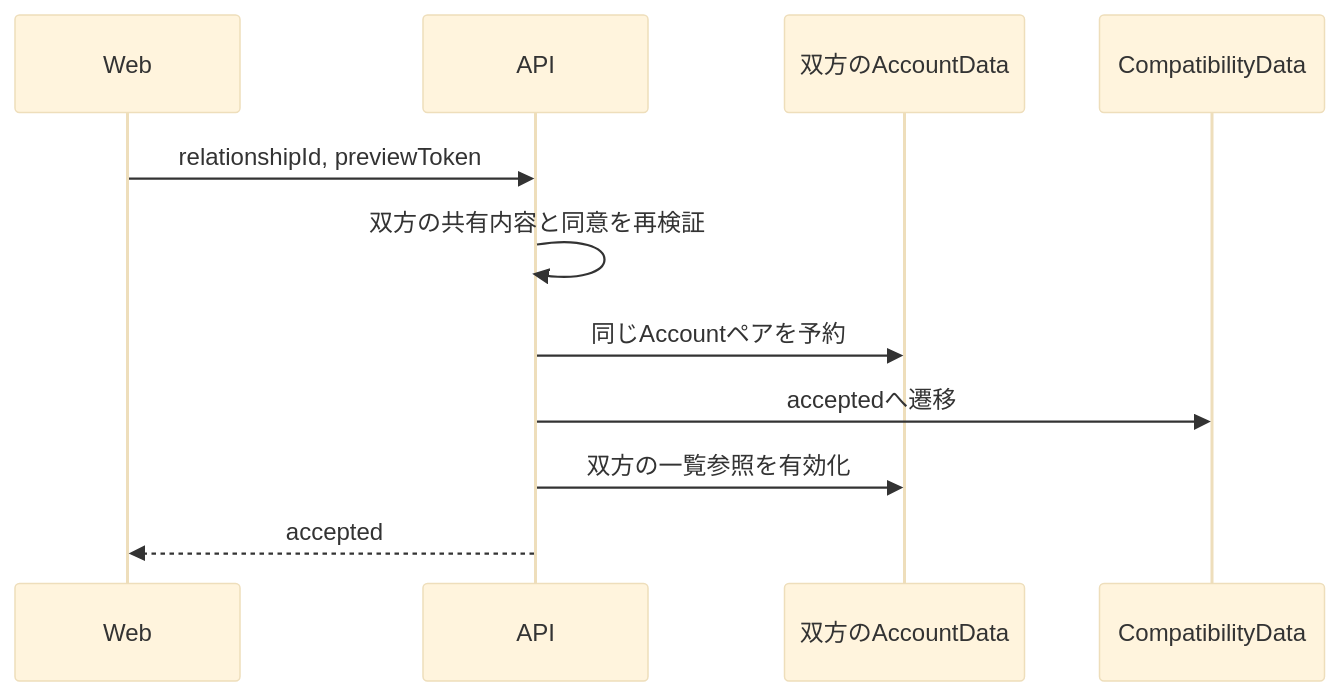
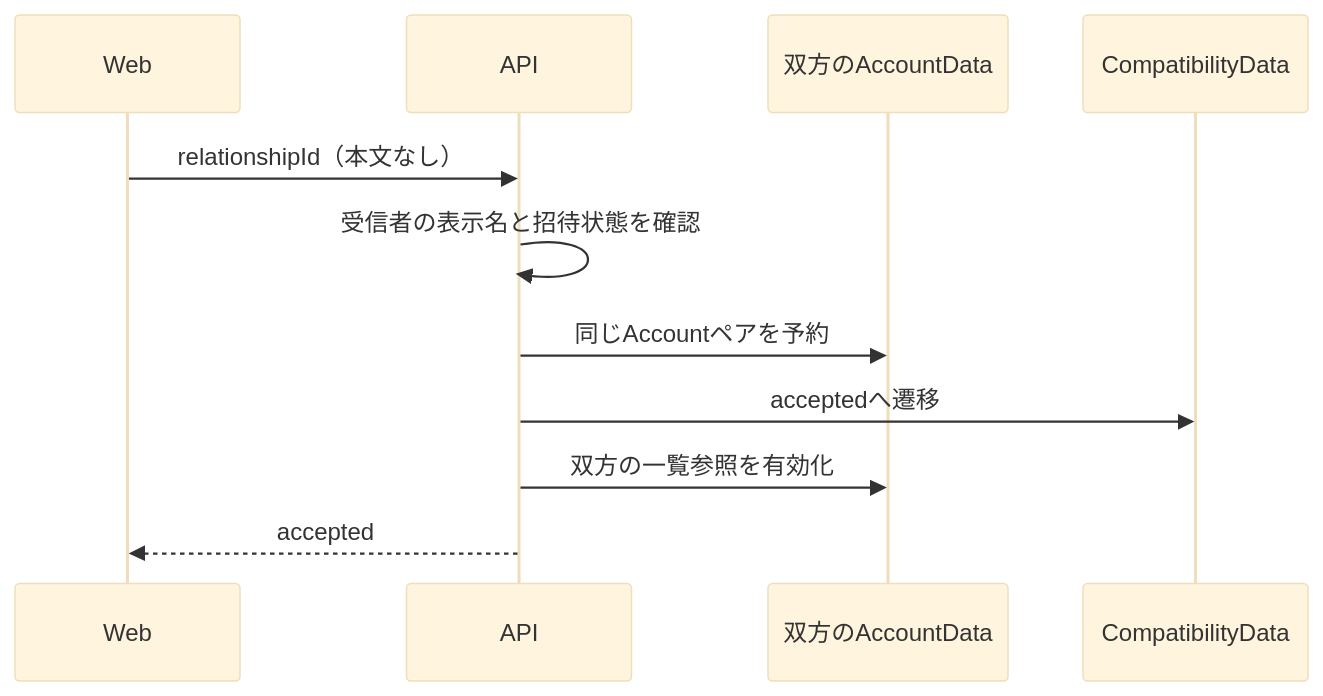
The fourth of 4 diagrams in docs/development/compatibility-api.md (kkyosuke/me-builder), drawn with Mermaid (base theme) before and after one commit. The commit also changed other lines of this file and 68 other files, not shown here.

````diff
--- a/docs/development/compatibility-api.md
+++ b/docs/development/compatibility-api.md
@@ -275,13 +170,13 @@
 ```mermaid
 sequenceDiagram
     participant Web
     participant API
     participant Accounts as 双方のAccountData
     participant CompatibilityData
-    Web->>API: relationshipId, previewToken
-    API->>API: 双方の共有内容と同意を再検証
+    Web->>API: relationshipId（本文なし）
+    API->>API: 受信者の表示名と招待状態を確認
     API->>Accounts: 同じAccountペアを予約
     API->>CompatibilityData: acceptedへ遷移
     API->>Accounts: 双方の一覧参照を有効化
     API-->>Web: accepted
 ```
````
